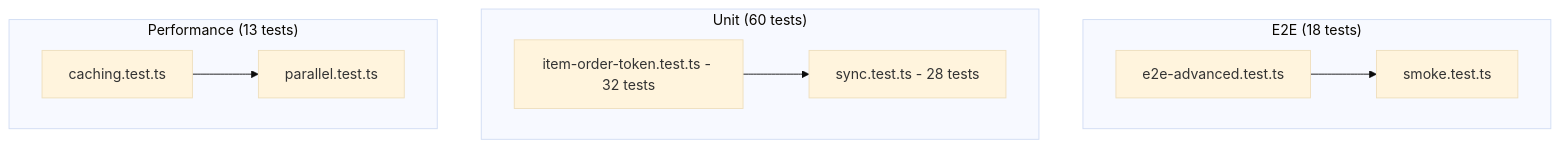
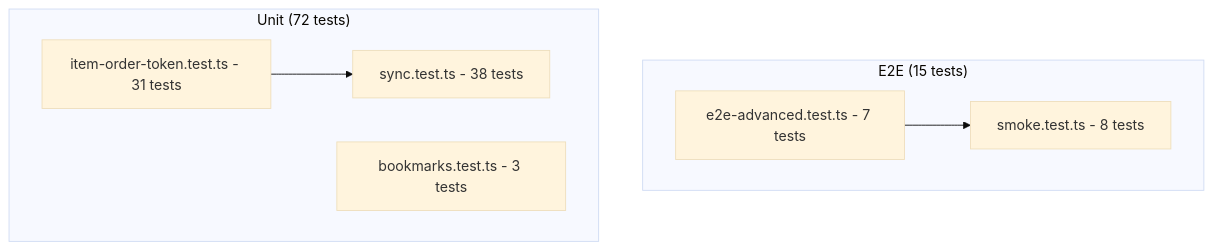
The seventh of 7 diagrams in DESIGN.md (WombatFromHell/lwsync), drawn with Mermaid (base theme) before and after one commit. The commit also changed other lines of this file and 55 other files, not shown here.

````diff
--- a/DESIGN.md
+++ b/DESIGN.md
@@ -400,21 +408,16 @@
 ```mermaid
 flowchart TD
-    subgraph E2E["E2E (18 tests)"]
-        E1["smoke.test.ts"]
-        E2["e2e-advanced.test.ts"]
+    subgraph E2E["E2E (15 tests)"]
+        E1["smoke.test.ts - 8 tests"]
+        E2["e2e-advanced.test.ts - 7 tests"]
     end
     
-    subgraph Unit["Unit (60 tests)"]
-        U1["sync.test.ts - 28 tests"]
-        U2["item-order-token.test.ts - 32 tests"]
-    end
-    
-    subgraph Perf["Performance (13 tests)"]
-        P1["parallel.test.ts"]
-        P2["caching.test.ts"]
+    subgraph Unit["Unit (72 tests)"]
+        U1["sync.test.ts - 38 tests"]
+        U2["item-order-token.test.ts - 31 tests"]
+        U3["bookmarks.test.ts - 3 tests"]
     end
     
     E2 --> E1
     U2 --> U1
-    P2 --> P1
 ```
````
